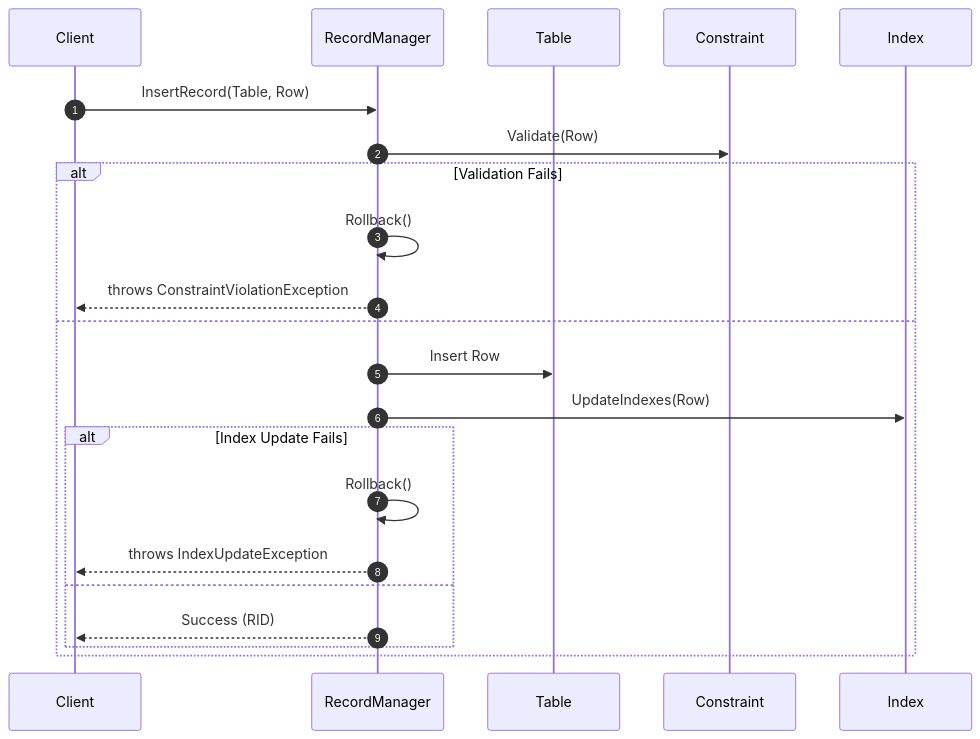
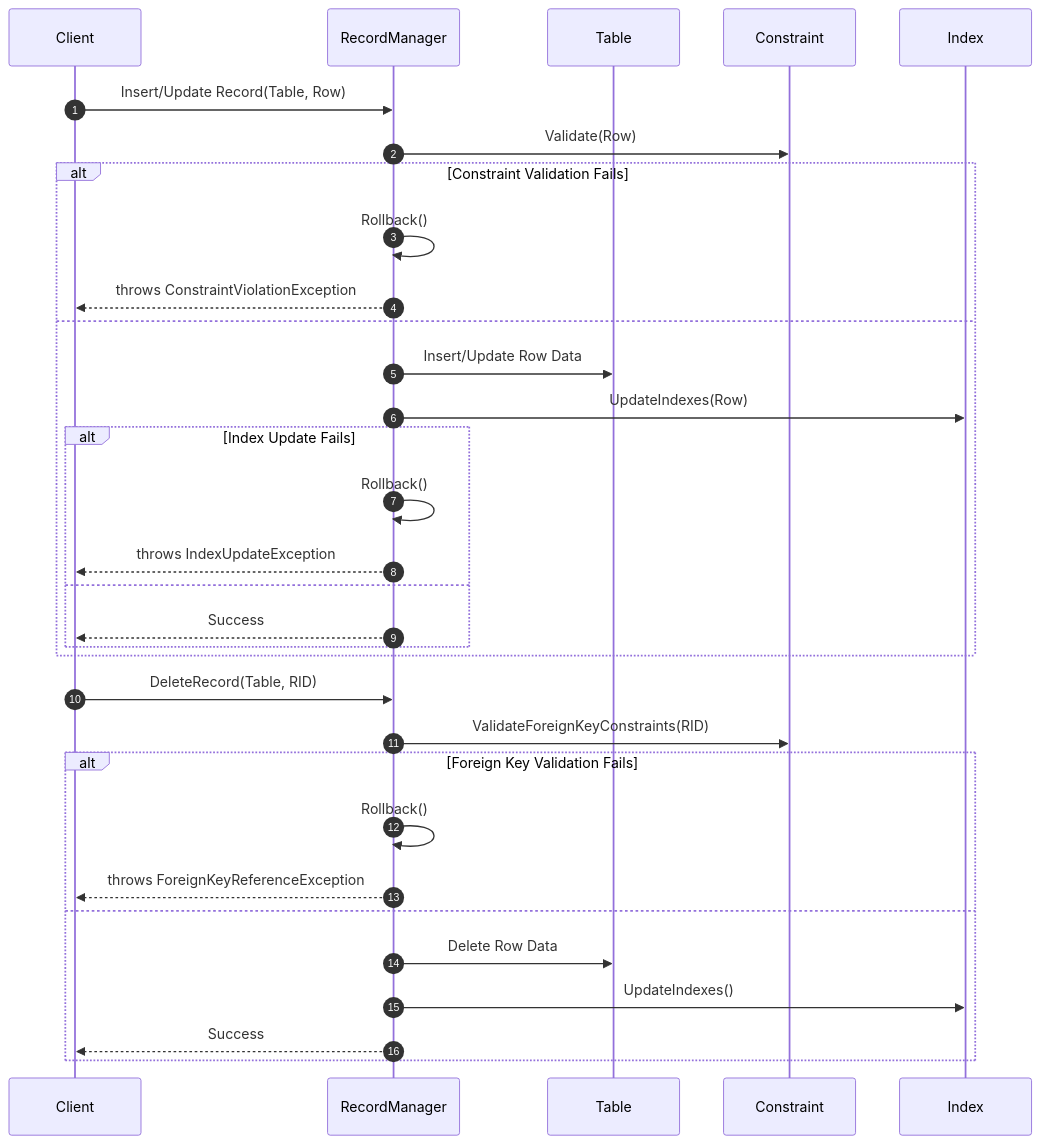
Before and after one commit to Hagiakhanh/bbv-dbms: diagram 22 of 51 in docs/sequence-diagrams/README.md, drawn with Mermaid. The commit also changed other lines of this file and 4 other files, not shown here.

````diff
--- a/docs/sequence-diagrams/README.md
+++ b/docs/sequence-diagrams/README.md
@@ -421,25 +773,38 @@
 ```mermaid
 sequenceDiagram
     autonumber
     participant Client
     participant RecMgr as RecordManager
     participant Tbl as Table
     participant Constr as Constraint
     participant Idx as Index
     
-    Client->>RecMgr: InsertRecord(Table, Row)
+    %% Insert/Update Record
+    Client->>RecMgr: Insert/Update Record(Table, Row)
     RecMgr->>Constr: Validate(Row)
-    alt Validation Fails
+    alt Constraint Validation Fails
         RecMgr->>RecMgr: Rollback()
         RecMgr-->>Client: throws ConstraintViolationException
     else
-        RecMgr->>Tbl: Insert Row
+        RecMgr->>Tbl: Insert/Update Row Data
         RecMgr->>Idx: UpdateIndexes(Row)
         alt Index Update Fails
             RecMgr->>RecMgr: Rollback()
             RecMgr-->>Client: throws IndexUpdateException
         else
-            RecMgr-->>Client: Success (RID)
+            RecMgr-->>Client: Success
         end
     end
+    
+    %% Delete Record
+    Client->>RecMgr: DeleteRecord(Table, RID)
+    RecMgr->>Constr: ValidateForeignKeyConstraints(RID)
+    alt Foreign Key Validation Fails
+        RecMgr->>RecMgr: Rollback()
+        RecMgr-->>Client: throws ForeignKeyReferenceException
+    else
+        RecMgr->>Tbl: Delete Row Data
+        RecMgr->>Idx: UpdateIndexes()
+        RecMgr-->>Client: Success
+    end
 ```
````
